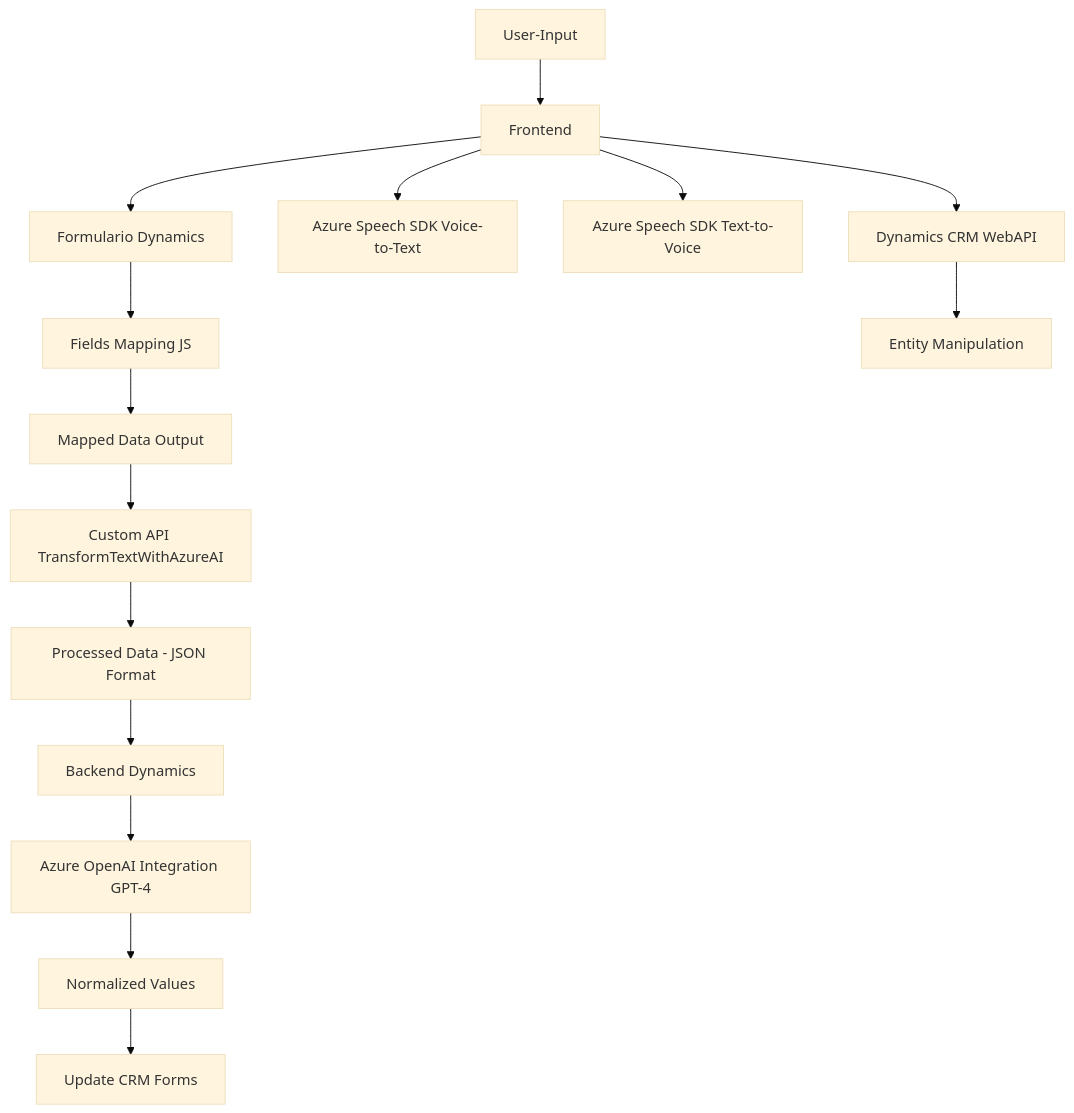
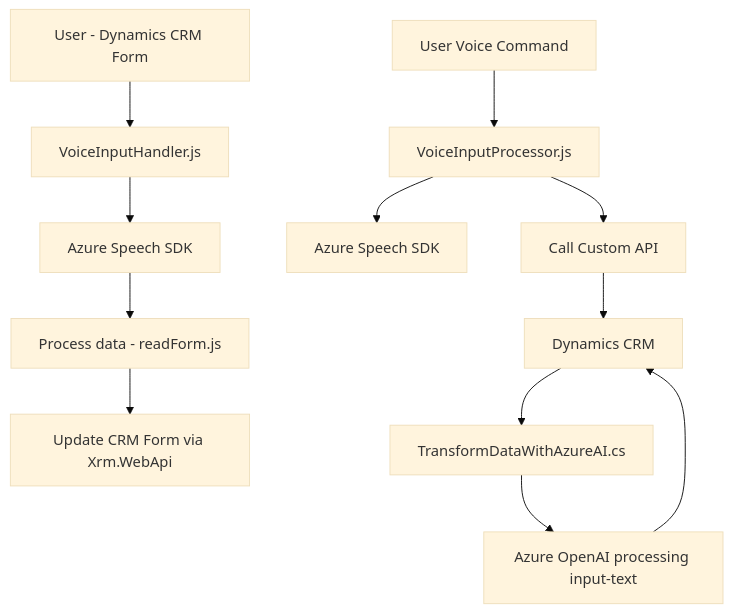
Before and after one commit to blopezdm/NETCORE_BILBAO2025: the diagram in README.md, drawn with Mermaid (base theme). The commit also changed other lines of this file, not shown here.

````diff
--- a/README.md
+++ b/README.md
@@ -36,17 +44,14 @@
 ```mermaid
 graph TD
-    A[User-Input] --> B[Frontend]
-    B --> C["Formulario Dynamics"]
-    B --> D["Azure Speech SDK Voice-to-Text"]
-    B --> E["Azure Speech SDK Text-to-Voice"]
-    C --> F["Fields Mapping JS"]
-    F --> G["Mapped Data Output"]
-    G --> H["Custom API TransformTextWithAzureAI"]
-    H --> J["Processed Data - JSON Format"]
-    J --> K["Backend Dynamics"]
-    K --> L["Azure OpenAI Integration GPT-4"]
-    L --> M["Normalized Values"]
-    M --> N["Update CRM Forms"]
-    B --> O["Dynamics CRM WebAPI"]
-    O --> P[Entity Manipulation]
+    A["User - Dynamics CRM Form"] --> B["VoiceInputHandler.js"]
+    B --> C["Azure Speech SDK"]
+    C --> D["Process data - readForm.js"]
+    D --> E["Update CRM Form via Xrm.WebApi"]
+    F["User Voice Command"] --> G["VoiceInputProcessor.js"]
+    G --> H["Azure Speech SDK"]
+    G --> I["Call Custom API"]
+    I --> J["Dynamics CRM"]
+    J --> K["TransformDataWithAzureAI.cs"]
+    K --> L["Azure OpenAI processing input-text"]
+    L --> J
 ```
````
